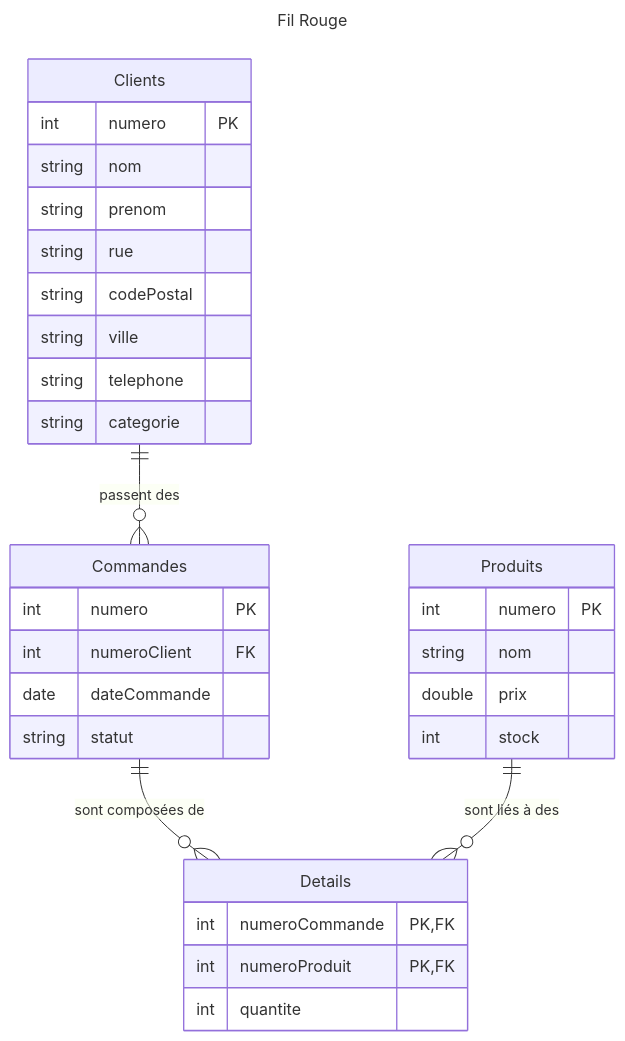
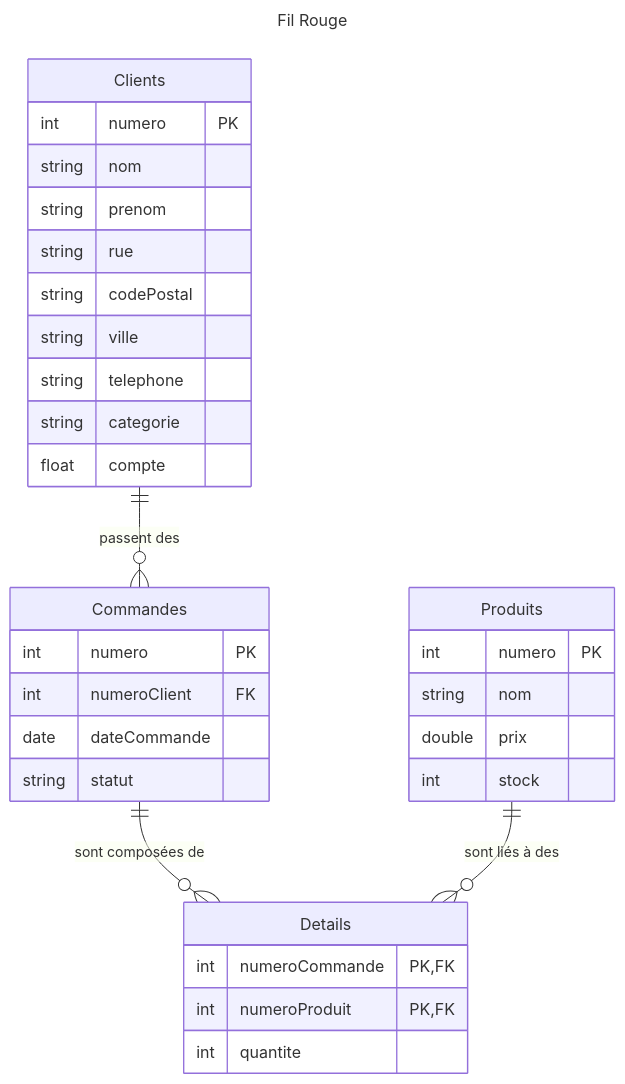
One commit to erralb/bdd changed the diagram in src/content/files/ecommerce-fr-erd-v2.md. Above: the diagram before and after it, drawn with Mermaid. The commit also changed 14 other files, not shown here.

````diff
--- a/src/content/files/ecommerce-fr-erd-v2.md
+++ b/src/content/files/ecommerce-fr-erd-v2.md
@@ -1,41 +1,42 @@
 ```mermaid
 ---
 title: Fil Rouge
 ---
 erDiagram
 
     Clients {
         int numero PK
         string nom
         string prenom
         string rue
         string codePostal
         string ville
         string telephone
         string categorie
+        float compte
     }
 
     Commandes {
         int numero PK
         int numeroClient FK
         date dateCommande
         string statut
     }
 
     Produits {
         int numero PK
         string nom
         double prix
         int stock
     }
 
     Details {
         int numeroCommande PK, FK
         int numeroProduit PK, FK
         int quantite
     }
 
     Clients ||--o{ Commandes : "passent des"
     Commandes ||--o{ Details : "sont composées de"
     Produits ||--o{ Details : "sont liés à des"
 ```
````
